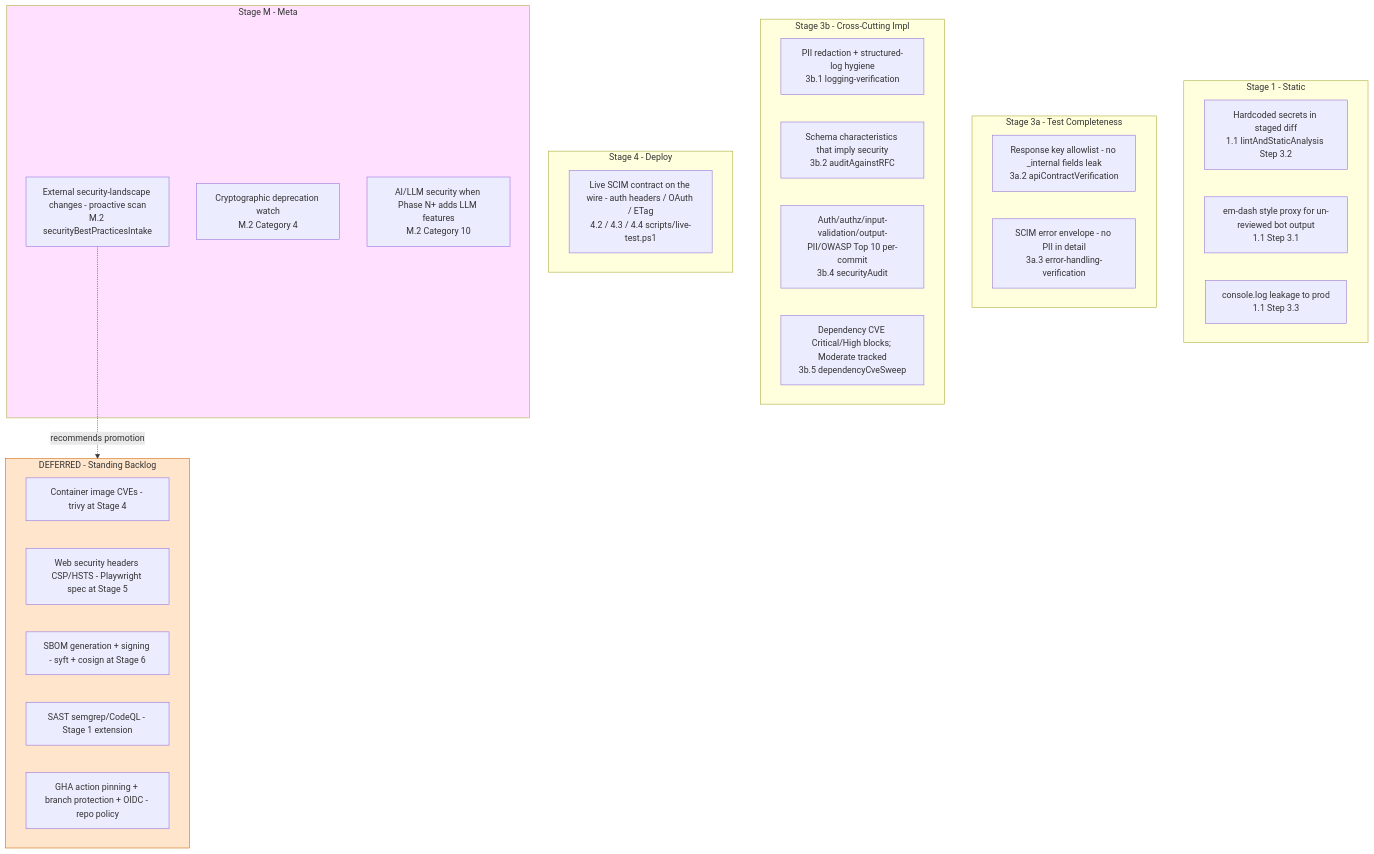
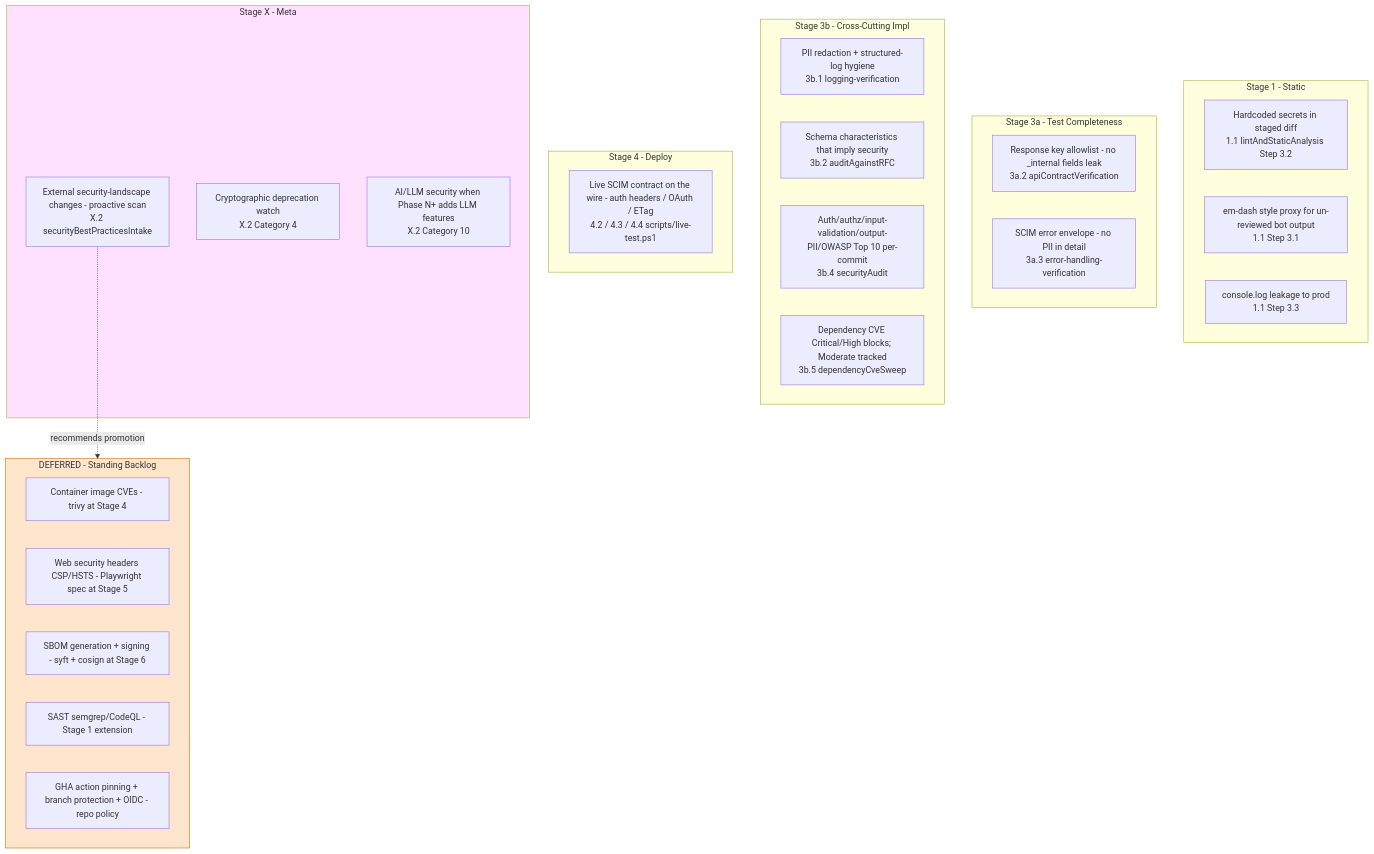
Before and after one commit to pranems/SCIMServer: the third of 5 diagrams in docs/MANDATORY_QUALITY_GATES_STRATEGY.md, drawn with Mermaid. The commit also changed other lines of this file and 4 other files, not shown here.

````diff
--- a/docs/MANDATORY_QUALITY_GATES_STRATEGY.md
+++ b/docs/MANDATORY_QUALITY_GATES_STRATEGY.md
@@ -212,38 +212,38 @@
 ```mermaid
 flowchart TD
     subgraph Stage1[Stage 1 - Static]
         Secrets[Hardcoded secrets in staged diff<br/>1.1 lintAndStaticAnalysis Step 3.2]
         EmDash[em-dash style proxy for un-reviewed bot output<br/>1.1 Step 3.1]
         Console[console.log leakage to prod<br/>1.1 Step 3.3]
     end
     subgraph Stage3a[Stage 3a - Test Completeness]
         ResKey[Response key allowlist - no _internal fields leak<br/>3a.2 apiContractVerification]
         ErrEnv[SCIM error envelope - no PII in detail<br/>3a.3 error-handling-verification]
     end
     subgraph Stage3b[Stage 3b - Cross-Cutting Impl]
         LogHyg[PII redaction + structured-log hygiene<br/>3b.1 logging-verification]
         SchChar[Schema characteristics that imply security<br/>3b.2 auditAgainstRFC]
         SecAud[Auth/authz/input-validation/output-PII/OWASP Top 10 per-commit<br/>3b.4 securityAudit]
         DepCve[Dependency CVE Critical/High blocks; Moderate tracked<br/>3b.5 dependencyCveSweep]
     end
     subgraph Stage4[Stage 4 - Deploy]
         LiveAuth[Live SCIM contract on the wire - auth headers / OAuth / ETag<br/>4.2 / 4.3 / 4.4 scripts/live-test.ps1]
     end
-    subgraph StageM[Stage M - Meta]
-        SecIntake[External security-landscape changes - proactive scan<br/>M.2 securityBestPracticesIntake]
-        Crypto[Cryptographic deprecation watch<br/>M.2 Category 4]
-        LLM[AI/LLM security when Phase N+ adds LLM features<br/>M.2 Category 10]
+    subgraph StageM[Stage X - Meta]
+        SecIntake[External security-landscape changes - proactive scan<br/>X.2 securityBestPracticesIntake]
+        Crypto[Cryptographic deprecation watch<br/>X.2 Category 4]
+        LLM[AI/LLM security when Phase N+ adds LLM features<br/>X.2 Category 10]
     end
     subgraph Deferred[DEFERRED - Standing Backlog]
         Trivy[Container image CVEs - trivy at Stage 4]
         WebHdr[Web security headers CSP/HSTS - Playwright spec at Stage 5]
         SBOM[SBOM generation + signing - syft + cosign at Stage 6]
         SAST[SAST semgrep/CodeQL - Stage 1 extension]
         GHA[GHA action pinning + branch protection + OIDC - repo policy]
     end
 
     SecIntake -.recommends promotion.-> Deferred
 
     style Deferred fill:#ffe5cc,stroke:#cc6600
     style StageM fill:#ffe1ff
 ```
````
